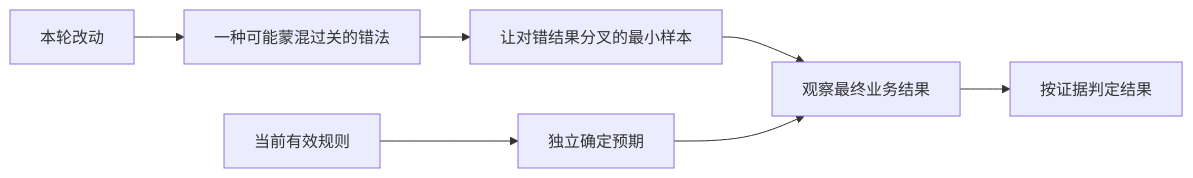
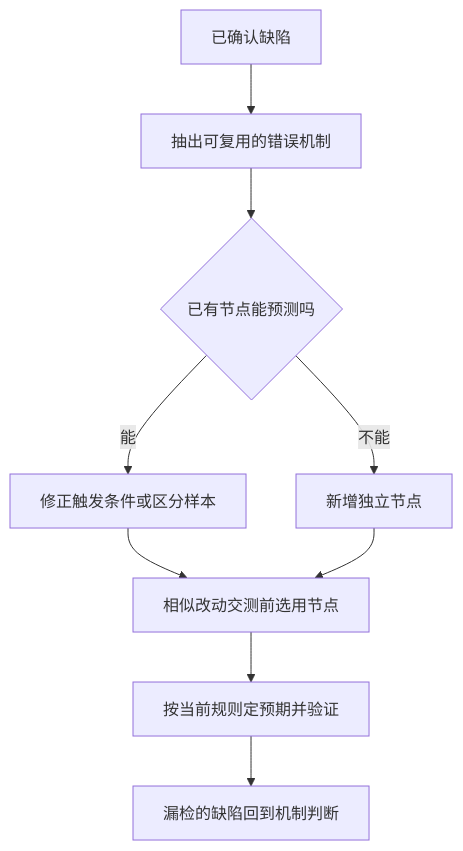
Before and after one commit to KelvinFanXian/aicoding: the diagram in skills/review-cross-layer-bugs/SKILL.md, drawn with Mermaid. The commit also changed other lines of this file and 3 other files, not shown here.

````diff
--- a/skills/review-cross-layer-bugs/SKILL.md
+++ b/skills/review-cross-layer-bugs/SKILL.md
@@ -12,9 +16,11 @@
 ```mermaid
-flowchart LR
-    A[本轮改动] --> B[一种可能蒙混过关的错法]
-    B --> C[让对错结果分叉的最小样本]
-    R[当前有效规则] --> D[独立确定预期]
-    C --> E[观察最终业务结果]
-    D --> E
-    E --> F[按证据判定结果]
+flowchart TD
+    A[已确认缺陷] --> B[抽出可复用的错误机制]
+    B --> C{已有节点能预测吗}
+    C -- 能 --> D[修正触发条件或区分样本]
+    C -- 不能 --> E[新增独立节点]
+    D --> F[相似改动交测前选用节点]
+    E --> F
+    F --> G[按当前规则定预期并验证]
+    G --> H[漏检的缺陷回到机制判断]
 ```
````
